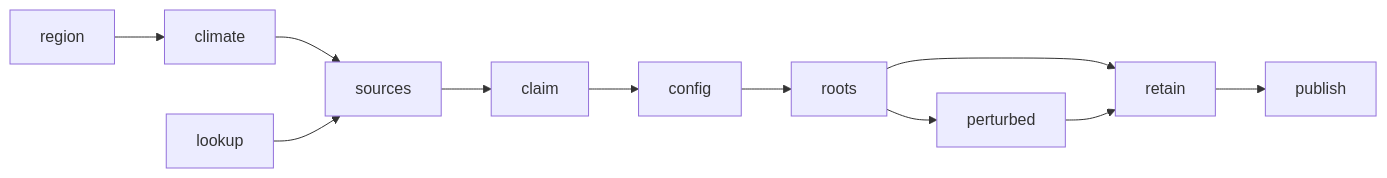
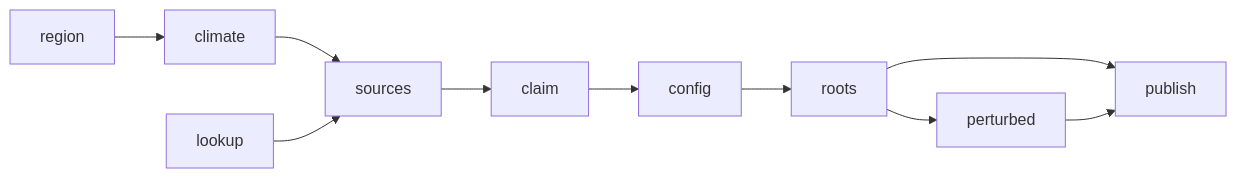
The diagram in dev/reference/workflows/rule-index.md (tanerumit/blueearth_cst), drawn with Mermaid before and after one commit. The commit also changed other lines of this file, not shown here.

````diff
--- a/dev/reference/workflows/rule-index.md
+++ b/dev/reference/workflows/rule-index.md
@@ -964,8 +968,8 @@
 ```mermaid
 flowchart LR
   region --> climate --> sources
   lookup --> sources
   sources --> claim --> config --> roots --> perturbed
-  roots --> retain
-  perturbed --> retain --> publish
+  roots --> publish
+  perturbed --> publish
 ```
````
